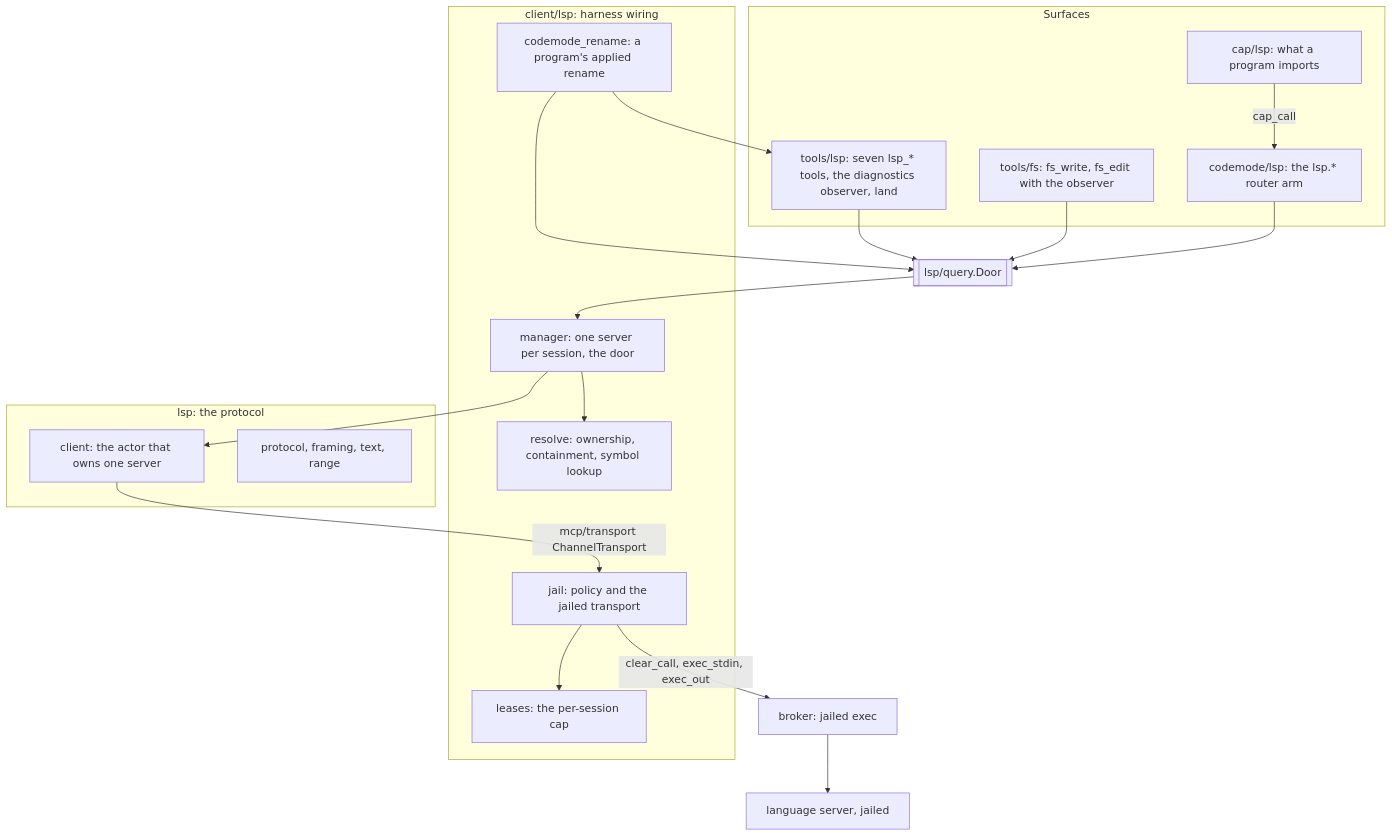
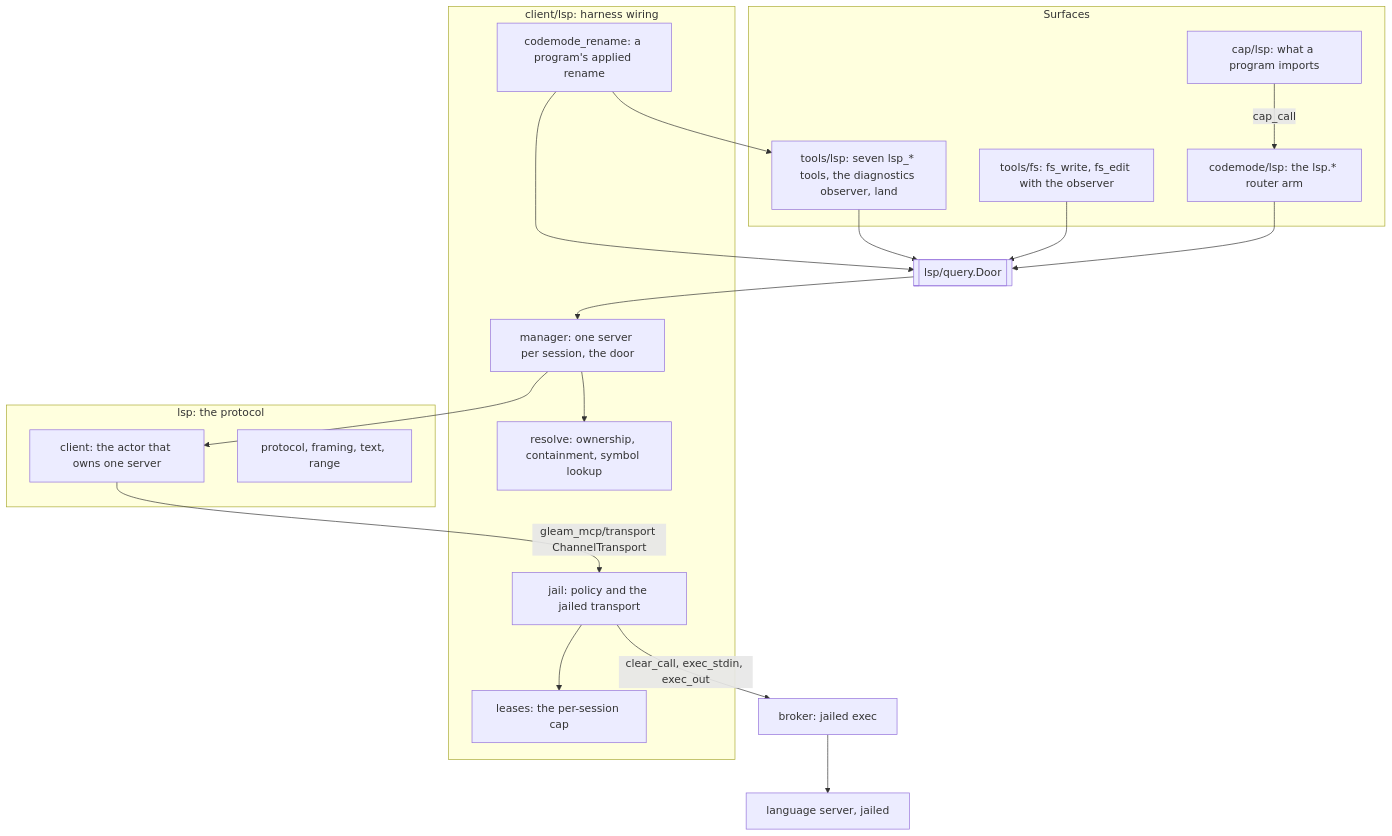
The diagram in docs/architecture/lsp.md (Roasbeef/loom), drawn with Mermaid before and after one commit. The commit also changed other lines of this file and 20 other files, not shown here.

````diff
--- a/docs/architecture/lsp.md
+++ b/docs/architecture/lsp.md
@@ -74,36 +74,36 @@
 ```mermaid
 flowchart TB
     subgraph Surfaces
       T[tools/lsp: seven lsp_* tools, the diagnostics observer, land]
       FS[tools/fs: fs_write, fs_edit with the observer]
       CM[codemode/lsp: the lsp.* router arm]
       CAP[cap/lsp: what a program imports]
     end
     D[[lsp/query.Door]]
     subgraph Wiring[client/lsp: harness wiring]
       M[manager: one server per session, the door]
       R[resolve: ownership, containment, symbol lookup]
       J[jail: policy and the jailed transport]
       L[leases: the per-session cap]
       CR[codemode_rename: a program's applied rename]
     end
     subgraph Protocol[lsp: the protocol]
       C[client: the actor that owns one server]
       P[protocol, framing, text, range]
     end
     B[broker: jailed exec]
     S[language server, jailed]
     CAP -->|cap_call| CM
     T --> D
     FS --> D
     CM --> D
     D --> M
     M --> R
     M --> C
     CR --> T
     CR --> D
-    C -->|mcp/transport ChannelTransport| J
+    C -->|gleam_mcp/transport ChannelTransport| J
     J --> L
     J -->|clear_call, exec_stdin, exec_out| B
     B --> S
 ```
````
